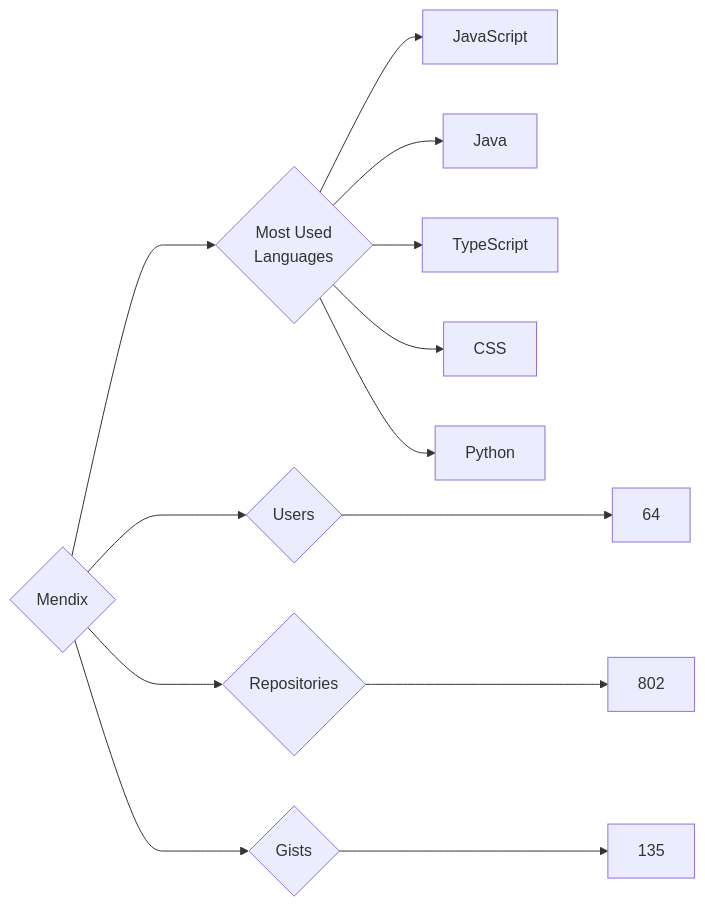
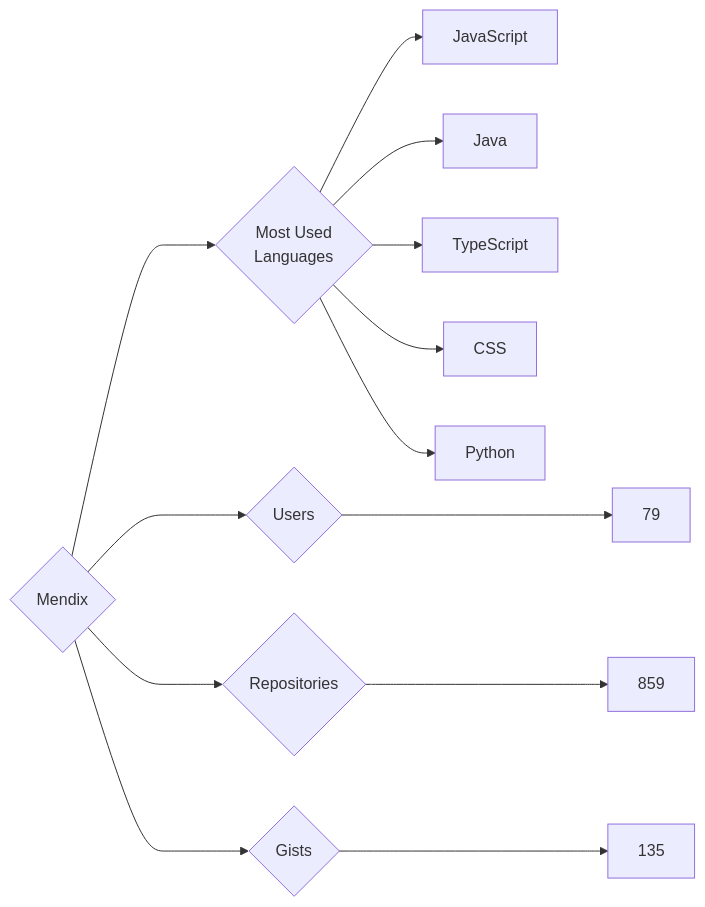
The diagram in targets/Mendix/README.md (trickest/insiders), drawn with Mermaid before and after one commit. The commit also changed 886 other files, not shown here.

````diff
--- a/targets/Mendix/README.md
+++ b/targets/Mendix/README.md
@@ -3,13 +3,13 @@
 ```mermaid
 graph LR
 COMPANY_NAME{Mendix}
-COMPANY_NAME ---> U{Users} ---> UN[64]
-COMPANY_NAME ---> R{Repositories} ---> RN[802]
+COMPANY_NAME ---> U{Users} ---> UN[79]
+COMPANY_NAME ---> R{Repositories} ---> RN[859]
 COMPANY_NAME ---> G{Gists} ---> GN[135]
 COMPANY_NAME ---> ML{Most Used<br>Languages}
 ML --> JavaScript[JavaScript]
 ML --> Java[Java]
 ML --> TypeScript[TypeScript]
 ML --> CSS[CSS]
 ML --> Python[Python]
 ```
````
